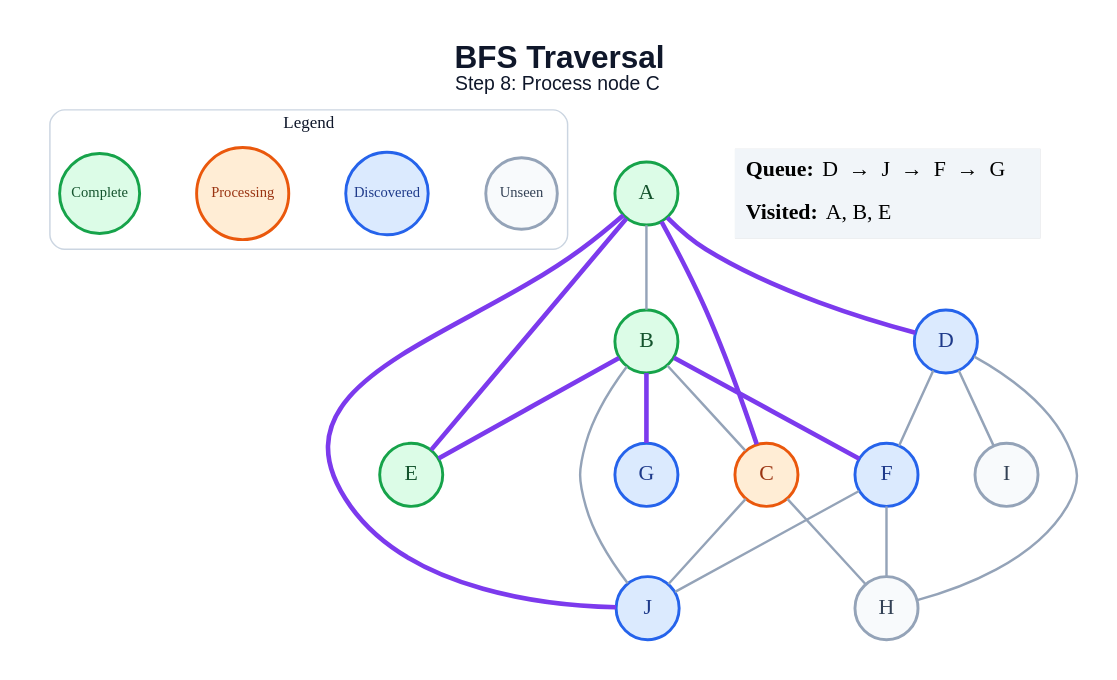
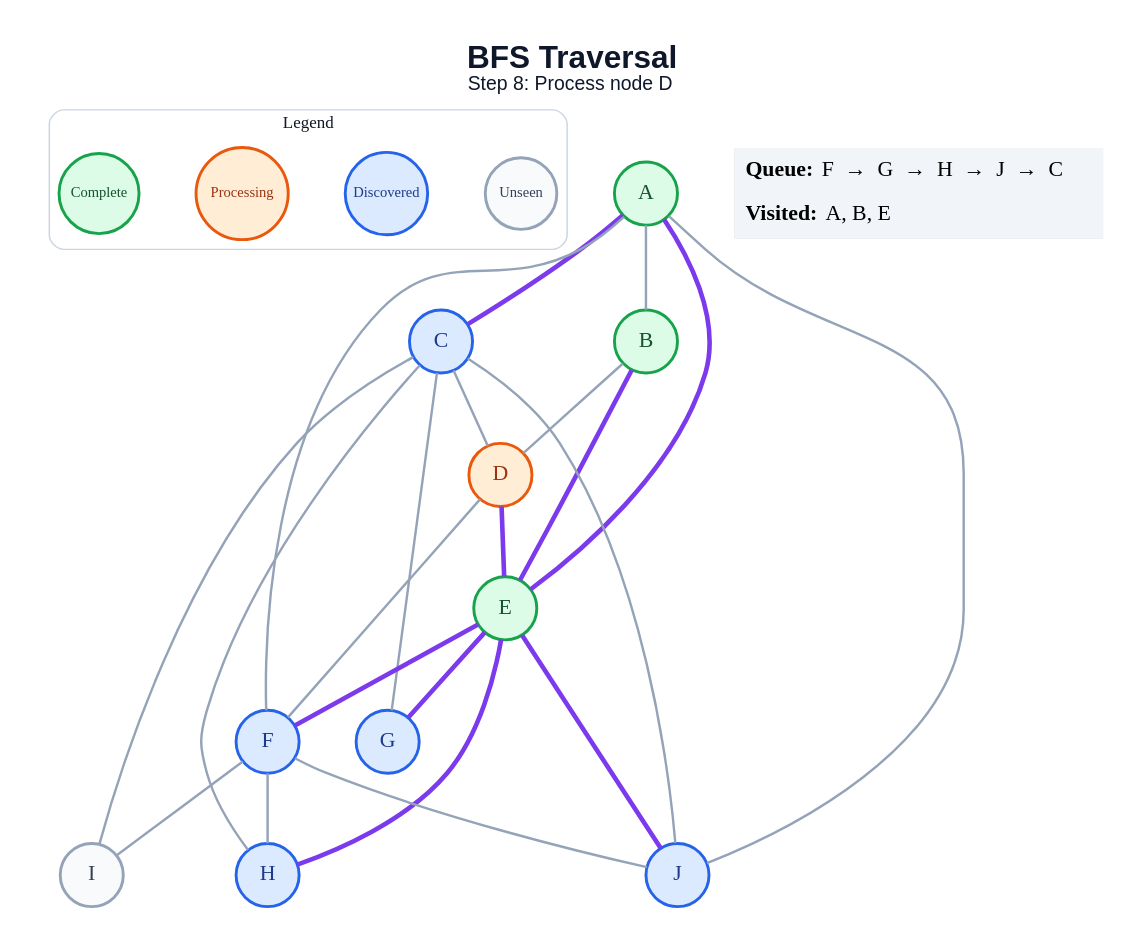
Before and after one commit to amanghodawala9/ai-slop: the diagram in generated/specific-node/bfs/step_08.dot, drawn with Graphviz. The commit also changed 178 other files, not shown here.

```diff
--- a/generated/specific-node/bfs/step_08.dot
+++ b/generated/specific-node/bfs/step_08.dot
@@ -1,46 +1,50 @@
 graph traversal {
   graph [layout=dot, rankdir=TB, bgcolor="#FFFFFF", pad="0.35", nodesep="0.65", ranksep="0.8", fontname="Arial"];
   node [shape=circle, style="filled", fontname="Arial Bold", fontsize=18, width=0.72, fixedsize=true, penwidth=2.4];
   edge [color="#94A3B8", penwidth=2.0];
-  label=<<B>BFS Traversal</B><BR/><FONT POINT-SIZE="16">Step 8: Process node C</FONT>>; labelloc="t"; fontsize=26; fontname="Arial"; fontcolor="#0F172A";
+  label=<<B>BFS Traversal</B><BR/><FONT POINT-SIZE="16">Step 8: Process node D</FONT>>; labelloc="t"; fontsize=26; fontname="Arial"; fontcolor="#0F172A";
   subgraph cluster_legend { label="Legend"; color="#CBD5E1"; penwidth=1.2; style="rounded"; fontsize=14; fontname="Arial Bold";
     key_unseen [label="Unseen", fillcolor="#F8FAFC", color="#94A3B8", fontcolor="#334155", fontsize=12, width=0.82];
     key_frontier [label="Discovered", fillcolor="#DBEAFE", color="#2563EB", fontcolor="#1E3A8A", fontsize=12, width=0.95];
     key_current [label="Processing", fillcolor="#FFEDD5", color="#EA580C", fontcolor="#9A3412", fontsize=12, width=1.05];
     key_done [label="Complete", fillcolor="#DCFCE7", color="#16A34A", fontcolor="#14532D", fontsize=12, width=0.92];
     { rank=same; key_unseen; key_frontier; key_current; key_done; }
   }
   A [fillcolor="#DCFCE7", color="#16A34A", fontcolor="#14532D"];
   B [fillcolor="#DCFCE7", color="#16A34A", fontcolor="#14532D"];
-  C [fillcolor="#FFEDD5", color="#EA580C", fontcolor="#9A3412"];
-  D [fillcolor="#DBEAFE", color="#2563EB", fontcolor="#1E3A8A"];
+  C [fillcolor="#DBEAFE", color="#2563EB", fontcolor="#1E3A8A"];
+  D [fillcolor="#FFEDD5", color="#EA580C", fontcolor="#9A3412"];
   E [fillcolor="#DCFCE7", color="#16A34A", fontcolor="#14532D"];
   F [fillcolor="#DBEAFE", color="#2563EB", fontcolor="#1E3A8A"];
   G [fillcolor="#DBEAFE", color="#2563EB", fontcolor="#1E3A8A"];
-  H [fillcolor="#F8FAFC", color="#94A3B8", fontcolor="#334155"];
+  H [fillcolor="#DBEAFE", color="#2563EB", fontcolor="#1E3A8A"];
   I [fillcolor="#F8FAFC", color="#94A3B8", fontcolor="#334155"];
   J [fillcolor="#DBEAFE", color="#2563EB", fontcolor="#1E3A8A"];
   A -- B;
   A -- C [color="#7C3AED", penwidth=3.8];
-  A -- D [color="#7C3AED", penwidth=3.8];
   A -- E [color="#7C3AED", penwidth=3.8];
-  A -- J [color="#7C3AED", penwidth=3.8];
-  B -- C;
+  A -- F;
+  A -- J;
+  B -- D;
   B -- E [color="#7C3AED", penwidth=3.8];
-  B -- F [color="#7C3AED", penwidth=3.8];
-  B -- G [color="#7C3AED", penwidth=3.8];
-  B -- J;
+  C -- D;
+  C -- G;
   C -- H;
+  C -- I;
   C -- J;
+  D -- E [color="#7C3AED", penwidth=3.8];
   D -- F;
-  D -- H;
-  D -- I;
+  E -- F [color="#7C3AED", penwidth=3.8];
+  E -- G [color="#7C3AED", penwidth=3.8];
+  E -- H [color="#7C3AED", penwidth=3.8];
+  E -- J [color="#7C3AED", penwidth=3.8];
   F -- H;
+  F -- I;
   F -- J;
   status [shape=plain, fixedsize=false, width=0, height=0, margin=0, label=<
     <TABLE BORDER="0" CELLBORDER="0" CELLPADDING="7" BGCOLOR="#F1F5F9">
-      <TR><TD ALIGN="LEFT"><B>Queue:</B> D  →  J  →  F  →  G</TD></TR>
+      <TR><TD ALIGN="LEFT"><B>Queue:</B> F  →  G  →  H  →  J  →  C</TD></TR>
       <TR><TD ALIGN="LEFT"><B>Visited:</B> A, B, E</TD></TR>
     </TABLE>
   >];
 }
```
